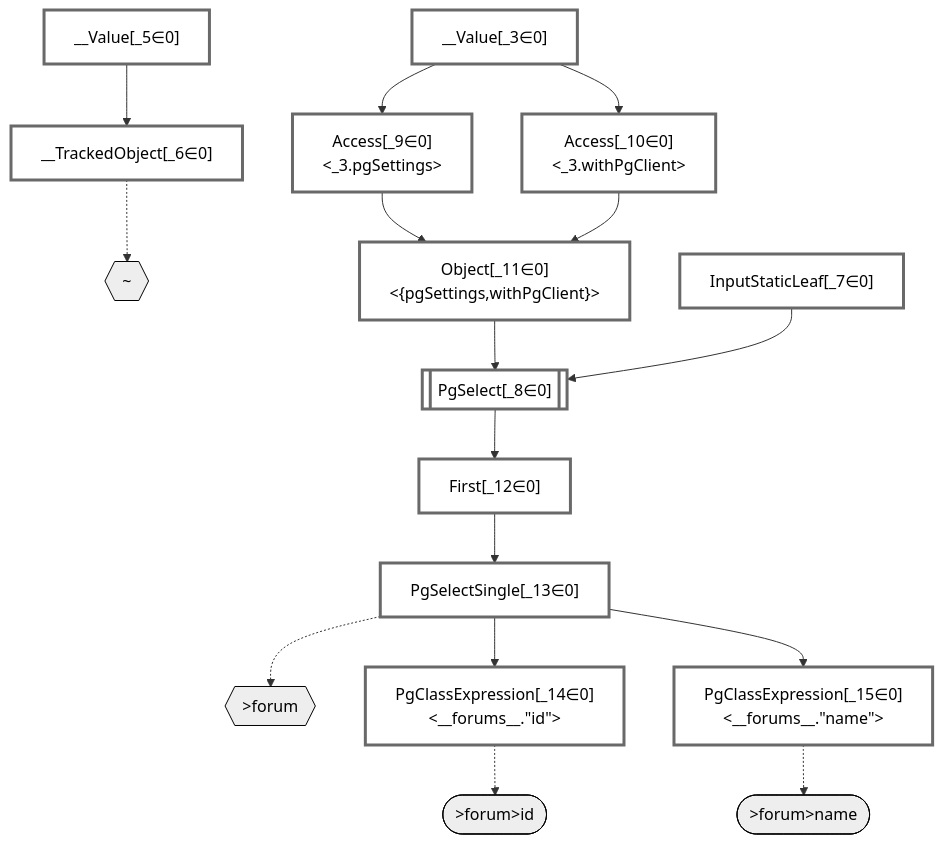
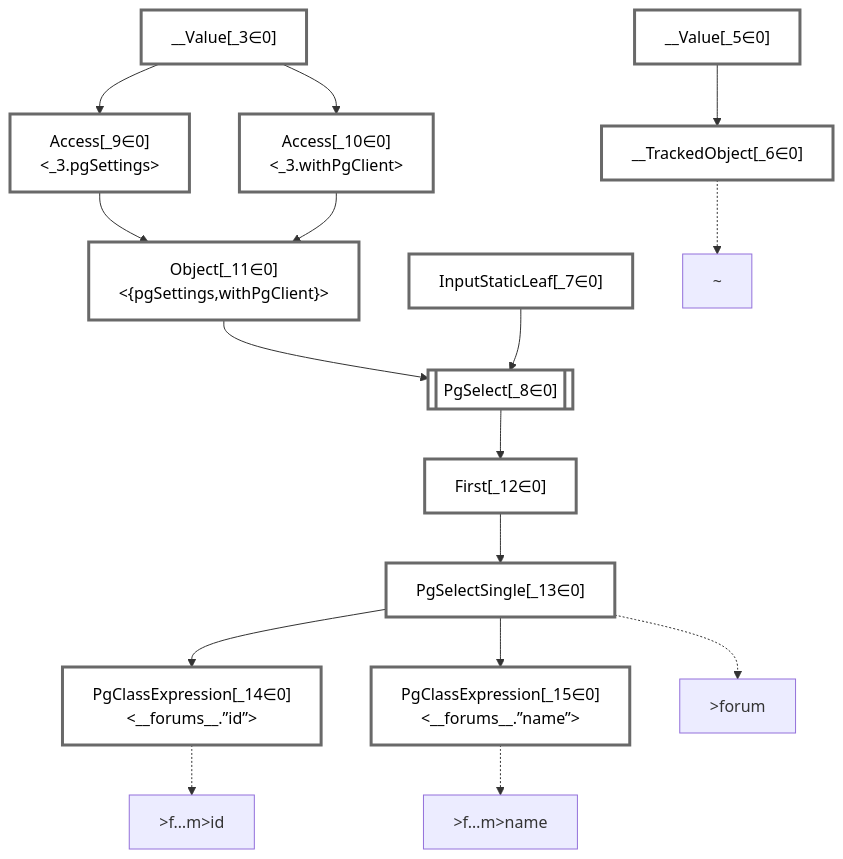
One commit to graphile/crystal changed the diagram in packages/dataplan-pg/__tests__/queries/super-simple/single-record-via-arg.mermaid.md. Above: the diagram before and after it, drawn with Mermaid. The commit also changed 195 other files, not shown here.

````diff
--- a/packages/dataplan-pg/__tests__/queries/super-simple/single-record-via-arg.mermaid.md
+++ b/packages/dataplan-pg/__tests__/queries/super-simple/single-record-via-arg.mermaid.md
@@ -1,55 +1,50 @@
 ```mermaid
 graph TD
     classDef path fill:#eee,stroke:#000,color:#000
     classDef plan fill:#fff,stroke-width:3px,color:#000
     classDef itemplan fill:#fff,stroke-width:6px,color:#000
     classDef sideeffectplan fill:#f00,stroke-width:6px,color:#000
     classDef bucket fill:#f6f6f6,color:#000,stroke-width:6px
 
-    %% subgraph fields
-    P1{{"~"}}:::path
-    P2{{">forum"}}:::path
-    P3([">forum>id"]):::path
-    %% P2 -.-> P3
-    P4([">forum>name"]):::path
-    %% P2 -.-> P4
-    %% P1 -.-> P2
-    %% end
 
     %% define plans
     __Value_3["__Value[_3∈0]<br /><context>"]:::plan
     __Value_5["__Value[_5∈0]<br /><rootValue>"]:::plan
     __TrackedObject_6["__TrackedObject[_6∈0]"]:::plan
     InputStaticLeaf_7["InputStaticLeaf[_7∈0]"]:::plan
     PgSelect_8[["PgSelect[_8∈0]<br /><forums>"]]:::plan
     Access_9["Access[_9∈0]<br /><_3.pgSettings>"]:::plan
     Access_10["Access[_10∈0]<br /><_3.withPgClient>"]:::plan
     Object_11["Object[_11∈0]<br /><{pgSettings,withPgClient}>"]:::plan
     First_12["First[_12∈0]"]:::plan
     PgSelectSingle_13["PgSelectSingle[_13∈0]<br /><forums>"]:::plan
-    PgClassExpression_14["PgClassExpression[_14∈0]<br /><__forums__.#quot;id#quot;>"]:::plan
-    PgClassExpression_15["PgClassExpression[_15∈0]<br /><__forums__.#quot;name#quot;>"]:::plan
+    PgClassExpression_14["PgClassExpression[_14∈0]<br /><__forums__.”id”>"]:::plan
+    PgClassExpression_15["PgClassExpression[_15∈0]<br /><__forums__.”name”>"]:::plan
 
     %% plan dependencies
     __Value_5 --> __TrackedObject_6
     Object_11 --> PgSelect_8
     InputStaticLeaf_7 --> PgSelect_8
     __Value_3 --> Access_9
     __Value_3 --> Access_10
     Access_9 --> Object_11
     Access_10 --> Object_11
     PgSelect_8 --> First_12
     First_12 --> PgSelectSingle_13
     PgSelectSingle_13 --> PgClassExpression_14
     PgSelectSingle_13 --> PgClassExpression_15
 
     %% plan-to-path relationships
+    P1["~"]
     __TrackedObject_6 -.-> P1
+    P2[">forum"]
     PgSelectSingle_13 -.-> P2
+    P3[">f…m>id"]
     PgClassExpression_14 -.-> P3
+    P4[">f…m>name"]
     PgClassExpression_15 -.-> P4
 
     %% allocate buckets
     classDef bucket0 stroke:#696969
     class __Value_3,__Value_5,__TrackedObject_6,InputStaticLeaf_7,PgSelect_8,Access_9,Access_10,Object_11,First_12,PgSelectSingle_13,PgClassExpression_14,PgClassExpression_15 bucket0
 ```
````
